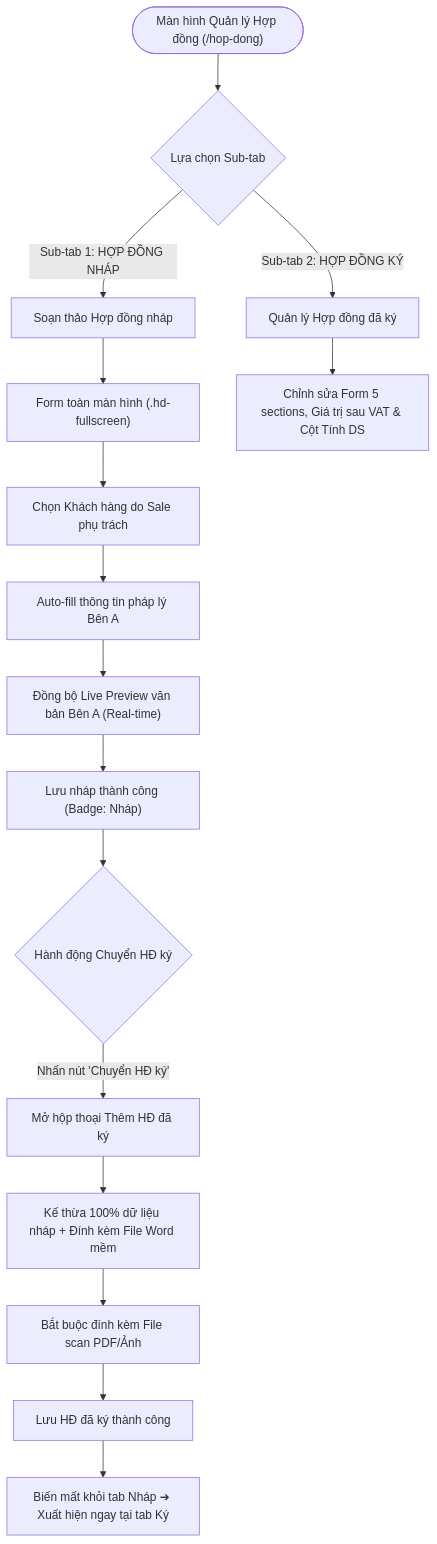
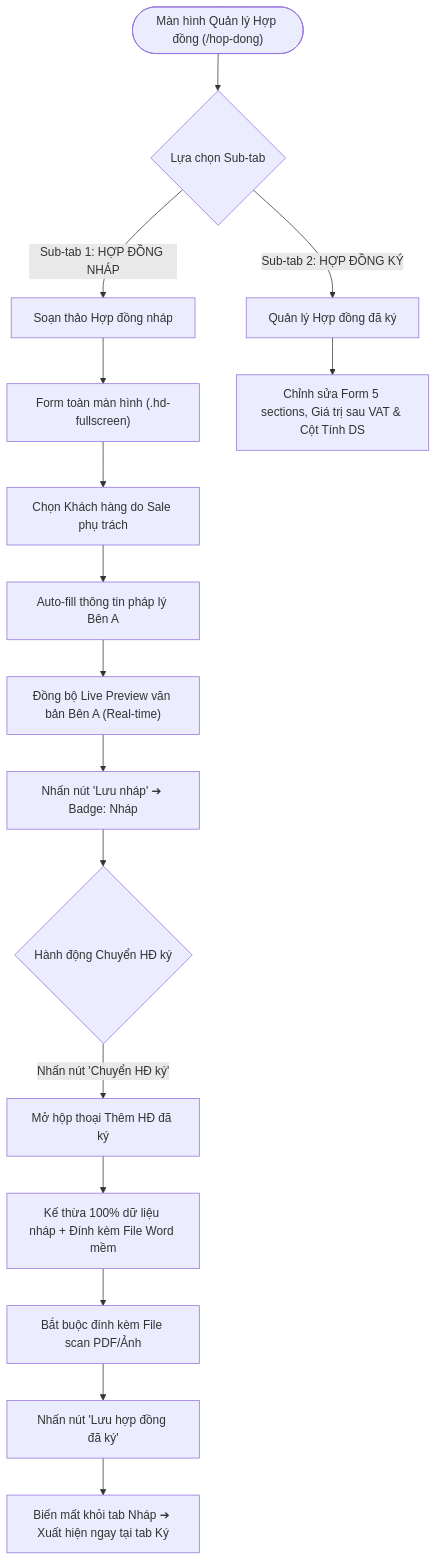
One commit to HoangDinhThai/VNTEST_Automation changed the first of 3 diagrams in docs/02_contracts.md. Above: the diagram before and after it, drawn with Mermaid. The commit also changed other lines of this file and 4 other files, not shown here.

````diff
--- a/docs/02_contracts.md
+++ b/docs/02_contracts.md
@@ -33,22 +77,22 @@
 ```mermaid
 flowchart TD
     Start(["Màn hình Quản lý Hợp đồng (/hop-dong)"]) --> SubtabChoice{"Lựa chọn Sub-tab"}
     
     SubtabChoice -- "Sub-tab 1: HỢP ĐỒNG NHÁP" --> DraftFlow["Soạn thảo Hợp đồng nháp"]
     SubtabChoice -- "Sub-tab 2: HỢP ĐỒNG KÝ" --> SignedFlow["Quản lý Hợp đồng đã ký"]
     
     DraftFlow --> FormDraft["Form toàn màn hình (.hd-fullscreen)"]
     FormDraft --> FillCust["Chọn Khách hàng do Sale phụ trách"]
     FillCust --> AutoFill["Auto-fill thông tin pháp lý Bên A"]
     AutoFill --> LiveSync["Đồng bộ Live Preview văn bản Bên A (Real-time)"]
-    LiveSync --> SaveDraft["Lưu nháp thành công (Badge: Nháp)"]
+    LiveSync --> SaveDraft["Nhấn nút 'Lưu nháp' ➔ Badge: Nháp"]
     
     SaveDraft --> ConvertAction{"Hành động Chuyển HĐ ký"}
     ConvertAction -- "Nhấn nút 'Chuyển HĐ ký'" --> InheritModal["Mở hộp thoại Thêm HĐ đã ký"]
     InheritModal --> InheritData["Kế thừa 100% dữ liệu nháp + Đính kèm File Word mềm"]
     InheritData --> AttachScan["Bắt buộc đính kèm File scan PDF/Ảnh"]
-    AttachScan --> SubmitSigned["Lưu HĐ đã ký thành công"]
+    AttachScan --> SubmitSigned["Nhấn nút 'Lưu hợp đồng đã ký'"]
     
     SubmitSigned --> MoveTab["Biến mất khỏi tab Nháp ➔ Xuất hiện ngay tại tab Ký"]
     SignedFlow --> SignedManage["Chỉnh sửa Form 5 sections, Giá trị sau VAT & Cột Tính DS"]
 ```
````
